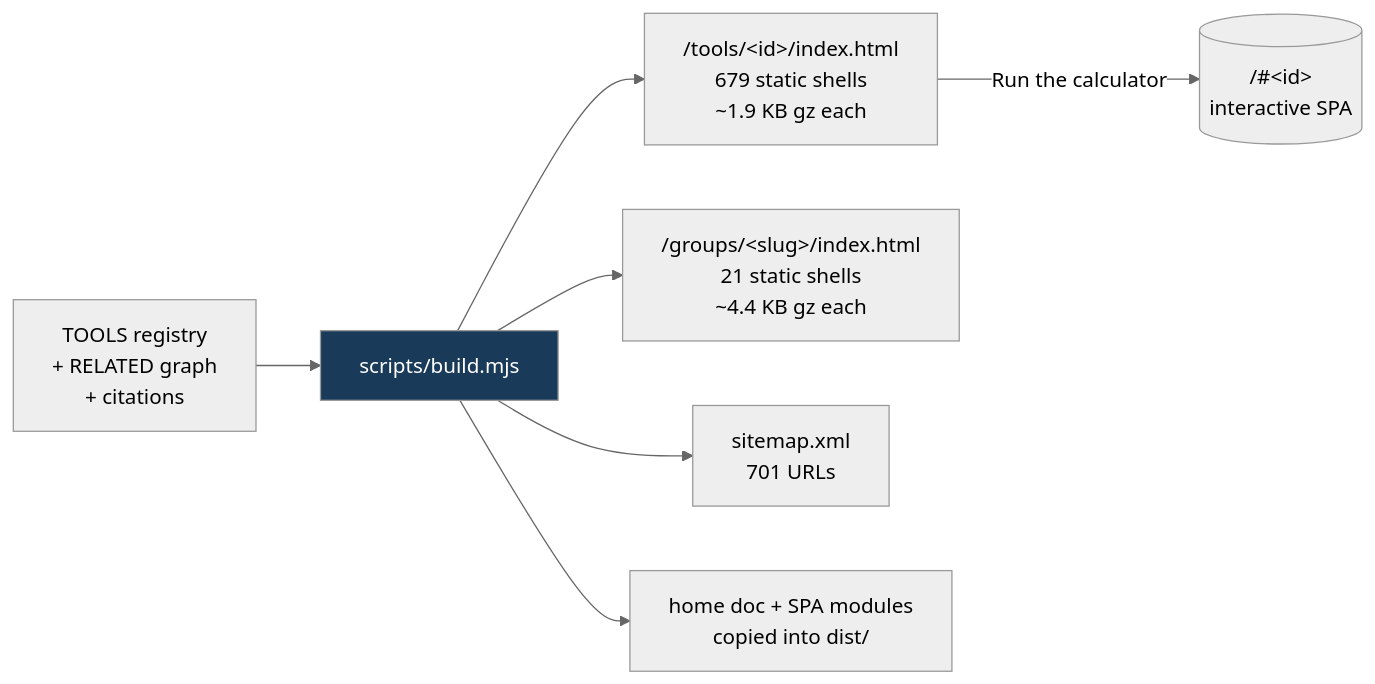
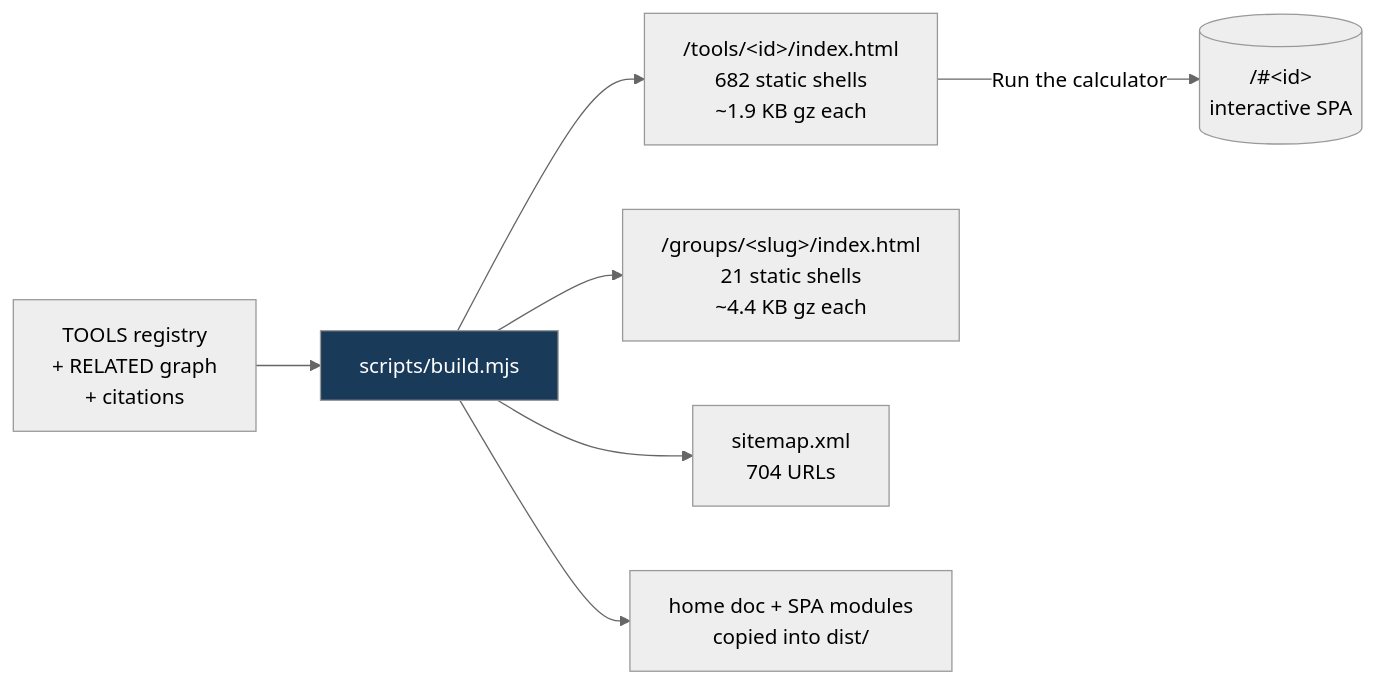
Before and after one commit to clay-good/roughlogic.com: the fifth of 8 diagrams in README.md, drawn with Mermaid (neutral theme). The commit also changed other lines of this file and 18 other files, not shown here.

````diff
--- a/README.md
+++ b/README.md
@@ -495,10 +495,10 @@
 ```mermaid
 flowchart LR
     SRC[TOOLS registry\n+ RELATED graph\n+ citations] --> BUILD[scripts/build.mjs]
-    BUILD --> TILE["/tools/&lt;id&gt;/index.html\n679 static shells\n~1.9 KB gz each"]
+    BUILD --> TILE["/tools/&lt;id&gt;/index.html\n682 static shells\n~1.9 KB gz each"]
     BUILD --> GROUP["/groups/&lt;slug&gt;/index.html\n21 static shells\n~4.4 KB gz each"]
-    BUILD --> MAP["sitemap.xml\n701 URLs"]
+    BUILD --> MAP["sitemap.xml\n704 URLs"]
     BUILD --> COPY[home doc + SPA modules\ncopied into dist/]
     TILE -->|Run the calculator| SPA[("/#&lt;id&gt;\ninteractive SPA")]
     style BUILD fill:#1a3a5a,color:#fff
 ```
````
